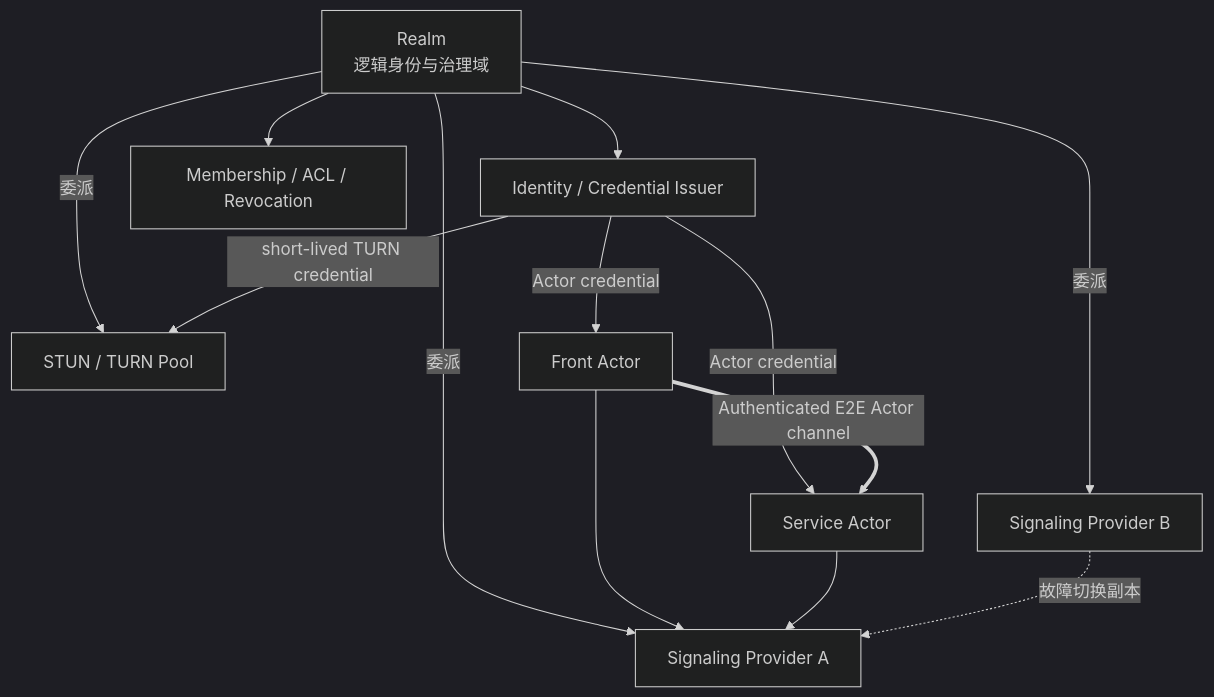
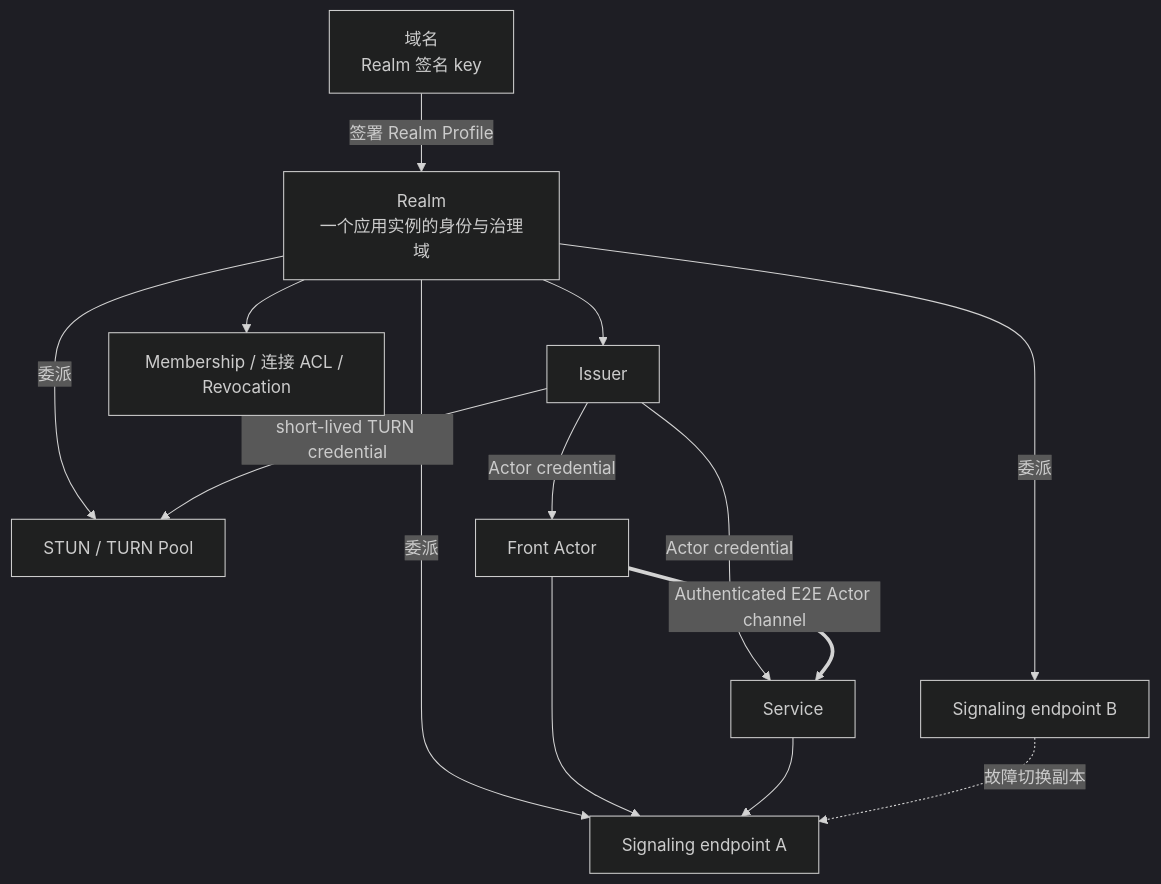
The diagram in docs/product/actrium-v1/07-realm-network-and-identity.zh.md (Actrium/actrium), drawn with Mermaid (dark theme) before and after one commit. The commit also changed other lines of this file and 895 other files, not shown here.

````diff
--- a/docs/product/actrium-v1/07-realm-network-and-identity.zh.md
+++ b/docs/product/actrium-v1/07-realm-network-and-identity.zh.md
@@ -5,24 +5,26 @@
 ```mermaid
 flowchart TB
-    R["Realm<br/>逻辑身份与治理域"]
-    AIS["Identity / Credential Issuer"]
-    SG1["Signaling Provider A"]
-    SG2["Signaling Provider B"]
+    NS["域名<br/>Realm 签名 key"]
+    R["Realm<br/>一个应用实例的身份与治理域"]
+    ISS["Issuer"]
+    SG1["Signaling endpoint A"]
+    SG2["Signaling endpoint B"]
     ICE["STUN / TURN Pool"]
-    ACL["Membership / ACL / Revocation"]
+    ACL["Membership / 连接 ACL / Revocation"]
     F["Front Actor"]
-    S["Service Actor"]
+    S["Service"]
 
-    R --> AIS
+    NS -->|签署 Realm Profile| R
+    R --> ISS
     R --> ACL
     R -->|委派| SG1
     R -->|委派| SG2
     R -->|委派| ICE
-    AIS -->|Actor credential| F
-    AIS -->|Actor credential| S
-    AIS -->|short-lived TURN credential| ICE
+    ISS -->|Actor credential| F
+    ISS -->|Actor credential| S
+    ISS -->|short-lived TURN credential| ICE
     F --> SG1
     S --> SG1
     SG2 -.故障切换副本.-> SG1
     F == "Authenticated E2E Actor channel" ==> S
 ```
````
